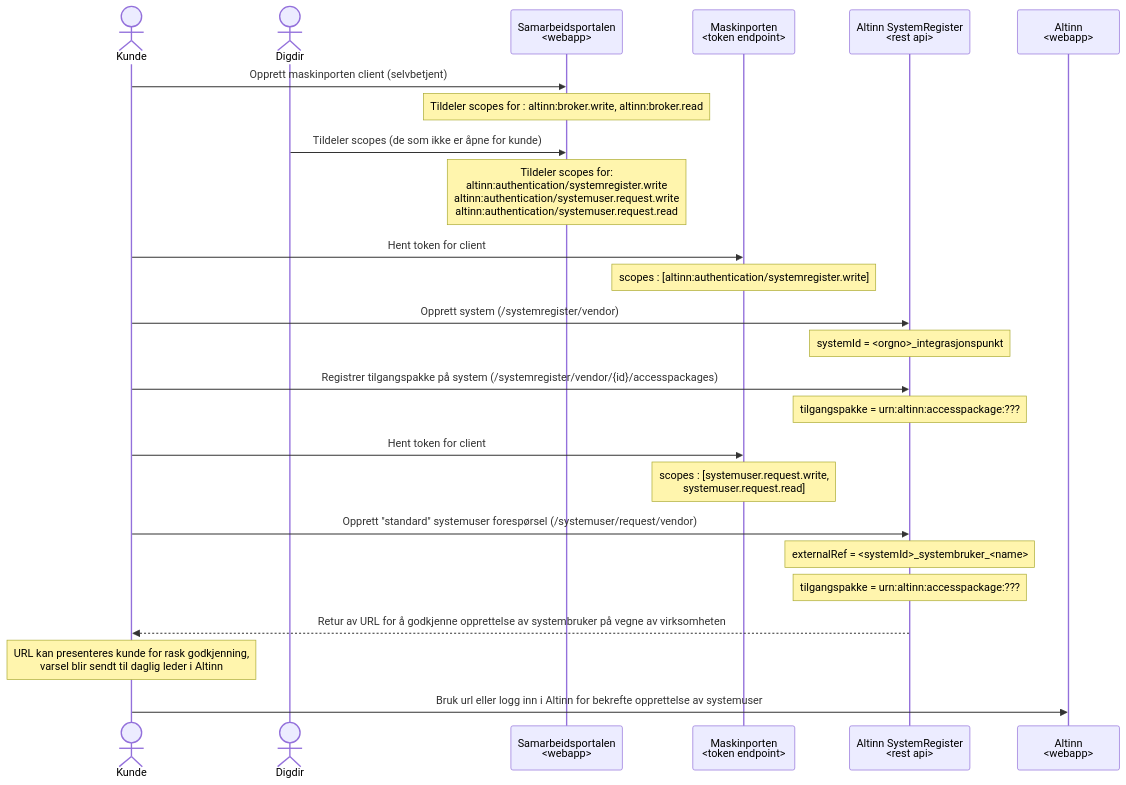
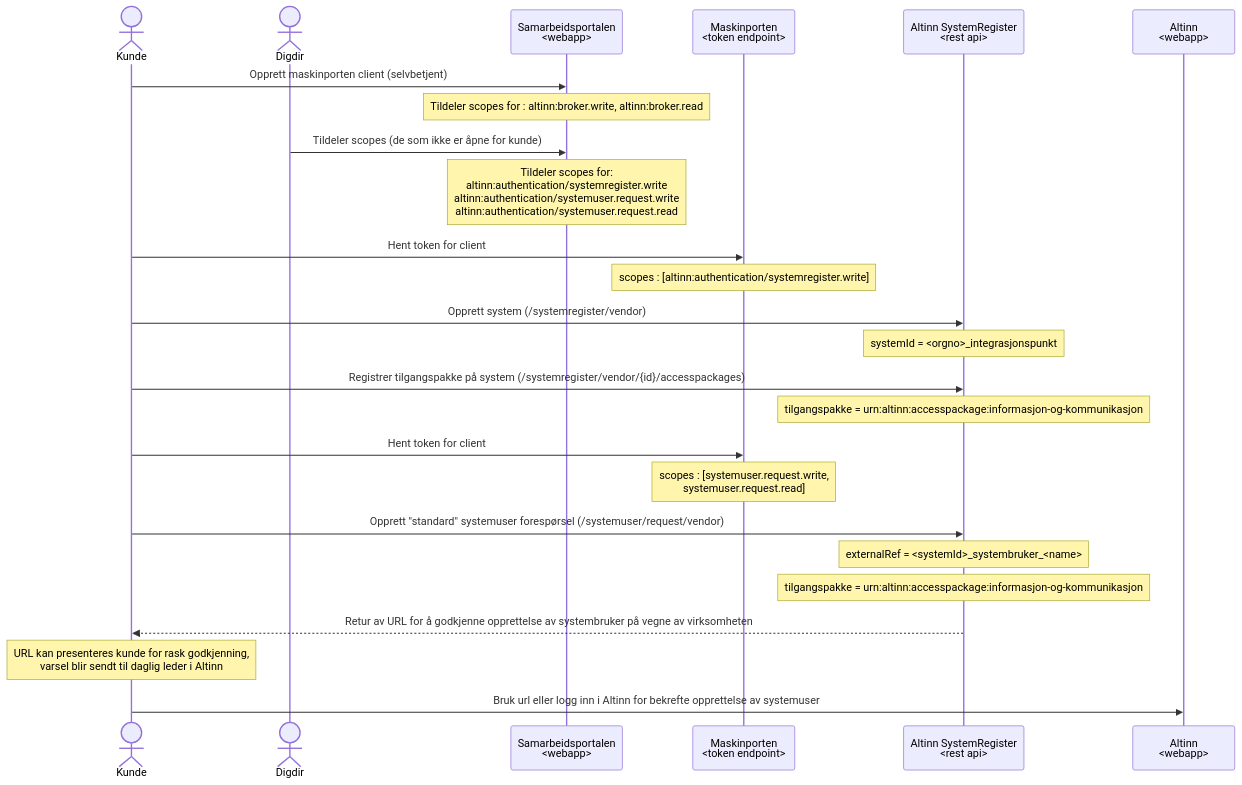
One commit to felleslosninger/efm-integrasjonspunkt changed the first of 2 diagrams in altinn-v3-client/altinn_dpo.md. Above: the diagram before and after it, drawn with Mermaid. The commit also changed other lines of this file and 1 other file, not shown here.

Commit message:
Oppdatert DPO og DPV onboarding

````diff
--- a/altinn-v3-client/altinn_dpo.md
+++ b/altinn-v3-client/altinn_dpo.md
@@ -10,31 +10,31 @@
 ```mermaid
 sequenceDiagram
     actor K as Kunde
     actor D as Digdir
     participant S as Samarbeidsportalen<br><webapp>
     participant M as Maskinporten<br><token endpoint>
     participant AS as Altinn SystemRegister<br><rest api>
     participant A as Altinn<br><webapp>
     
     K->>S: Opprett maskinporten client (selvbetjent)
     note over S : Tildeler scopes for : altinn:broker.write, altinn:broker.read
     D->>S: Tildeler scopes (de som ikke er åpne for kunde) 
     note over S : Tildeler scopes for: <br> altinn:authentication/systemregister.write<br> altinn:authentication/systemuser.request.write<br> altinn:authentication/systemuser.request.read
     K->>M: Hent token for client
     note over M : scopes : [altinn:authentication/systemregister.write]
     K->>AS : Opprett system (/systemregister/vendor)
     note over AS: systemId = <orgno>_integrasjonspunkt
     K->>AS : Registrer tilgangspakke på system (/systemregister/vendor/{id}/accesspackages)
-    note over AS: tilgangspakke = urn:altinn:accesspackage:???
+    note over AS: tilgangspakke = urn:altinn:accesspackage:informasjon-og-kommunikasjon
     
     K->>M: Hent token for client
     note over M : scopes : [systemuser.request.write,<br>systemuser.request.read]
 
     K->>AS: Opprett "standard" systemuser forespørsel (/systemuser/request/vendor)
     note over AS : externalRef = <systemId>_systembruker_<name>
-    note over AS : tilgangspakke = urn:altinn:accesspackage:???
+    note over AS : tilgangspakke = urn:altinn:accesspackage:informasjon-og-kommunikasjon
     AS-->>K: Retur av URL for å godkjenne opprettelse av systembruker på vegne av virksomheten
     note over K : URL kan presenteres kunde for rask godkjenning,<br>varsel blir sendt til daglig leder i Altinn
     
     K->>A: Bruk url eller logg inn i Altinn for bekrefte opprettelse av systemuser
 ```
````
